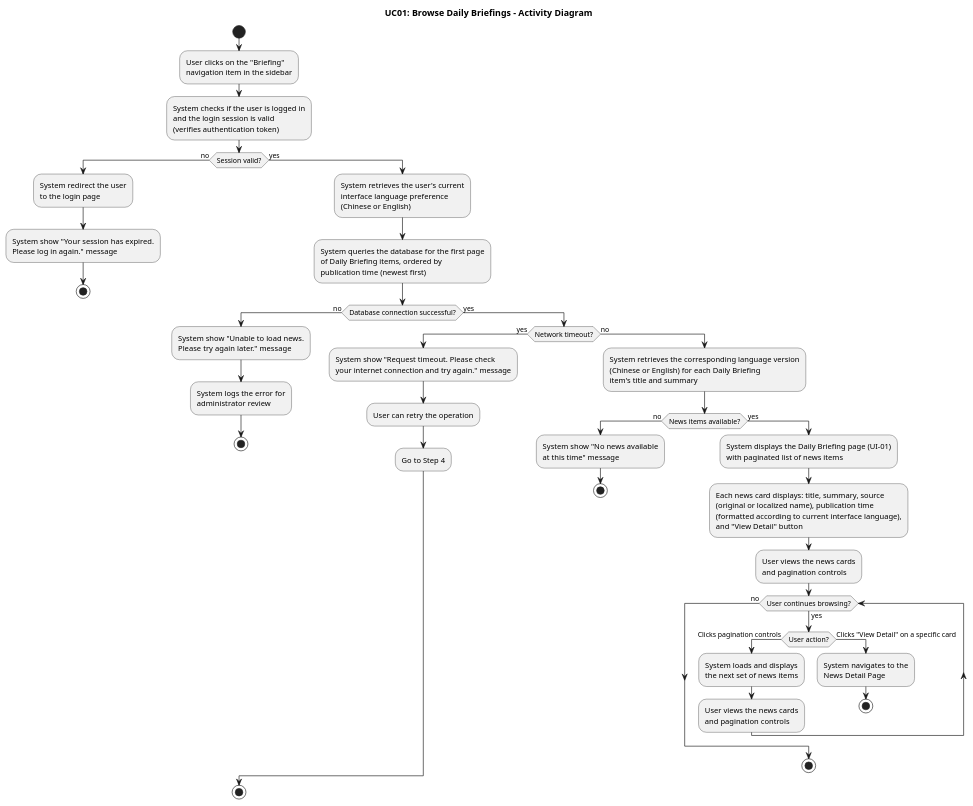
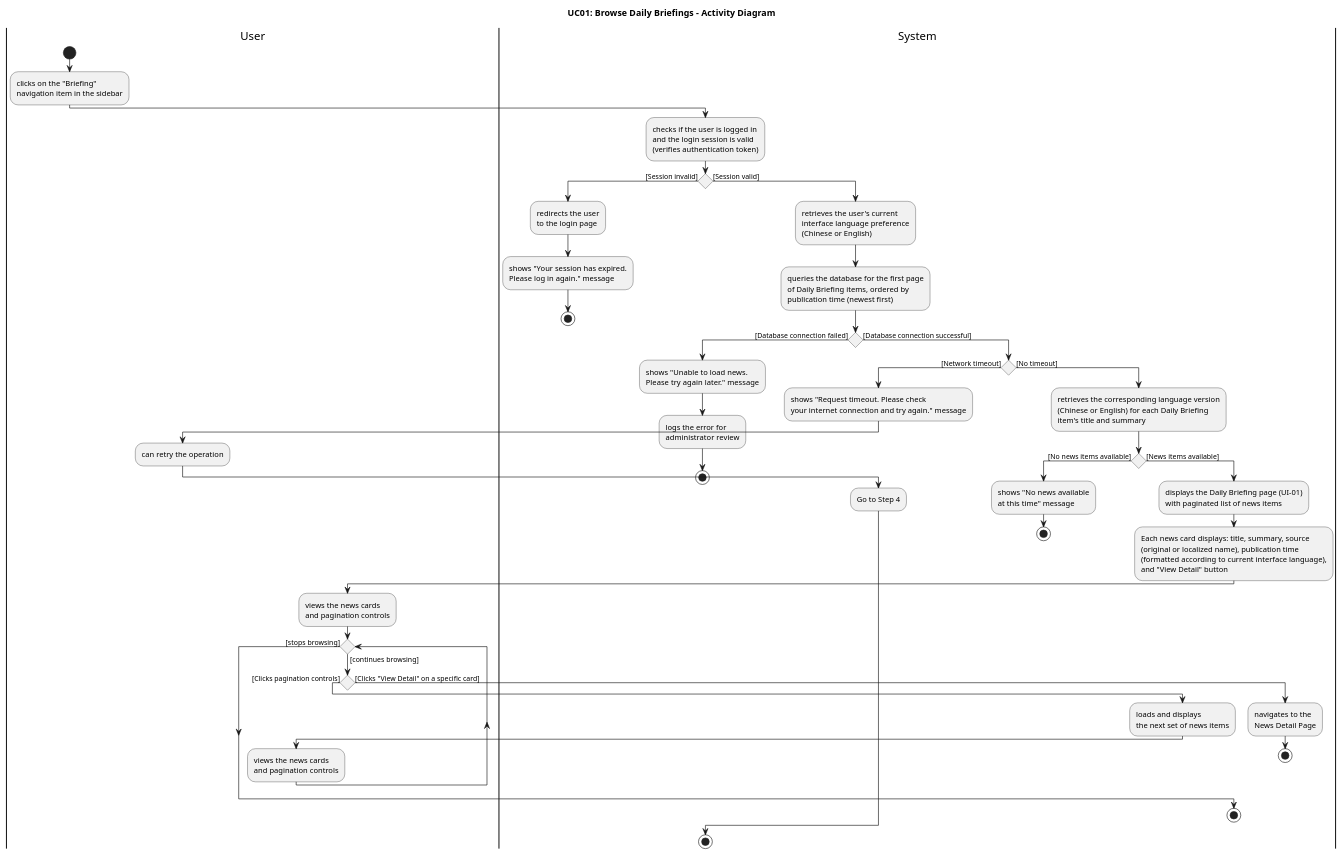
Before and after one commit to pzyllll/BridgeU: the fourth of 27 diagrams in springboot-backend/BridgeU-SRS.md, drawn with PlantUML. The commit also changed other lines of this file and 5 other files, not shown here.

````diff
--- a/springboot-backend/BridgeU-SRS.md
+++ b/springboot-backend/BridgeU-SRS.md
@@ -474,60 +543,67 @@
 ```plantuml
 @startuml UC01_Activity_Diagram
 title UC01: Browse Daily Briefings - Activity Diagram
 
+|User|
 start
+:clicks on the "Briefing"\nnavigation item in the sidebar;
 
-:User clicks on the "Briefing"\nnavigation item in the sidebar;
+|System|
+:checks if the user is logged in\nand the login session is valid\n(verifies authentication token);
 
-:System checks if the user is logged in\nand the login session is valid\n(verifies authentication token);
-
-if (Session valid?) then (no)
-  :System redirect the user\nto the login page;
-  :System show "Your session has expired.\nPlease log in again." message;
+if () then ([Session invalid])
+  :redirects the user\nto the login page;
+  :shows "Your session has expired.\nPlease log in again." message;
   stop
-else (yes)
-  :System retrieves the user's current\ninterface language preference\n(Chinese or English);
+else ([Session valid])
+  :retrieves the user's current\ninterface language preference\n(Chinese or English);
   
-  :System queries the database for the first page\nof Daily Briefing items, ordered by\npublication time (newest first);
+  :queries the database for the first page\nof Daily Briefing items, ordered by\npublication time (newest first);
   
-  if (Database connection successful?) then (no)
-    :System show "Unable to load news.\nPlease try again later." message;
-    :System logs the error for\nadministrator review;
+  if () then ([Database connection failed])
+    :shows "Unable to load news.\nPlease try again later." message;
+    :logs the error for\nadministrator review;
     stop
-  else (yes)
-    if (Network timeout?) then (yes)
-      :System show "Request timeout. Please check\nyour internet connection and try again." message;
-      :User can retry the operation;
+  else ([Database connection successful])
+    if () then ([Network timeout])
+      :shows "Request timeout. Please check\nyour internet connection and try again." message;
+      |User|
+      :can retry the operation;
+      |System|
       :Go to Step 4;
-    else (no)
-      :System retrieves the corresponding language version\n(Chinese or English) for each Daily Briefing\nitem's title and summary;
+    else ([No timeout])
+      :retrieves the corresponding language version\n(Chinese or English) for each Daily Briefing\nitem's title and summary;
       
-      if (News items available?) then (no)
-        :System show "No news available\nat this time" message;
+      if () then ([No news items available])
+        :shows "No news available\nat this time" message;
         stop
-      else (yes)
-        :System displays the Daily Briefing page (UI-01)\nwith paginated list of news items;
+      else ([News items available])
+        :displays the Daily Briefing page (UI-01)\nwith paginated list of news items;
         :Each news card displays: title, summary, source\n(original or localized name), publication time\n(formatted according to current interface language),\nand "View Detail" button;
         
-        :User views the news cards\nand pagination controls;
+        |User|
+        :views the news cards\nand pagination controls;
         
-        while (User continues browsing?) is (yes)
-          if (User action?) then (Clicks pagination controls)
-            :System loads and displays\nthe next set of news items;
-            :User views the news cards\nand pagination controls;
-          else (Clicks "View Detail" on a specific card)
-            :System navigates to the\nNews Detail Page;
+        while () is ([continues browsing])
+          if () then ([Clicks pagination controls])
+            |System|
+            :loads and displays\nthe next set of news items;
+            |User|
+            :views the news cards\nand pagination controls;
+          else ([Clicks "View Detail" on a specific card])
+            |System|
+            :navigates to the\nNews Detail Page;
             stop
           endif
-        endwhile (no)
+        endwhile ([stops browsing])
         
         stop
       endif
     endif
   endif
 endif
 
 stop
 
 @enduml
 ```
````
